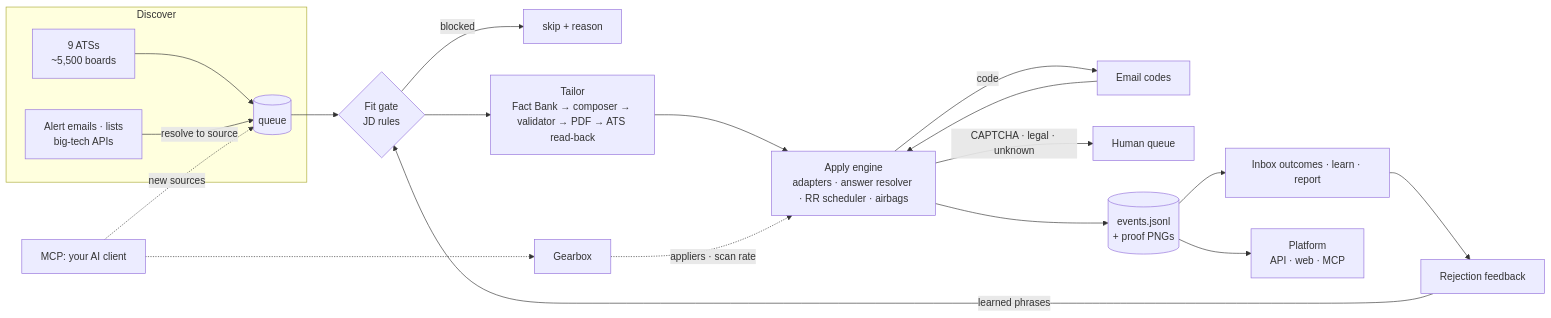
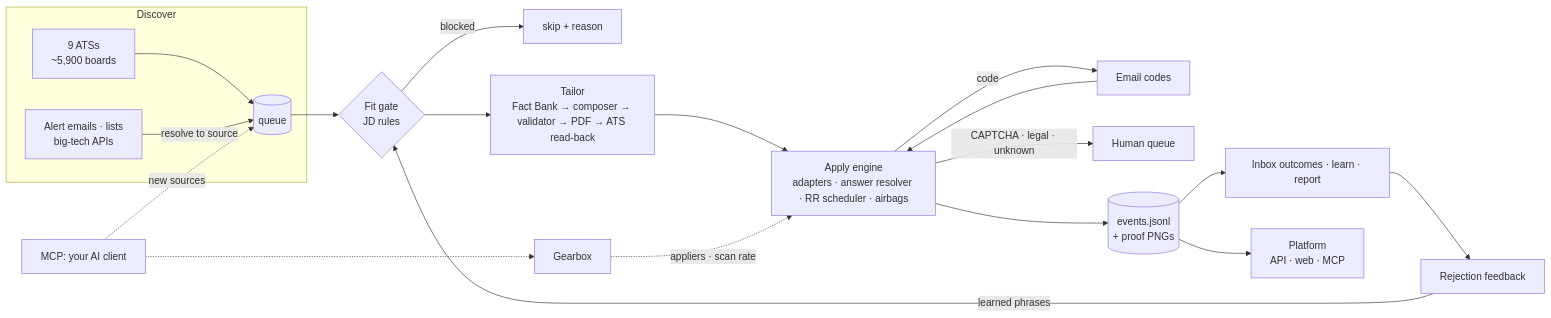
One commit to sameernagar-hub/regen-engine changed the diagram in docs/wiki/Home.md. Above: the diagram before and after it, drawn with Mermaid. The commit also changed other lines of this file and 6 other files, not shown here.

````diff
--- a/docs/wiki/Home.md
+++ b/docs/wiki/Home.md
@@ -25,22 +25,22 @@
 ```mermaid
 flowchart LR
     subgraph Discover
-      ATS[9 ATSs<br/>~5,500 boards] --> Q
+      ATS[9 ATSs<br/>~5,900 boards] --> Q
       AL[Alert emails · lists<br/>big-tech APIs] -->|resolve to source| Q[(queue)]
     end
     Q --> FG{Fit gate<br/>JD rules}
     FG -->|blocked| SK[skip + reason]
     FG --> TL[Tailor<br/>Fact Bank → composer → validator → PDF → ATS read-back]
     TL --> AP[Apply engine<br/>adapters · answer resolver · RR scheduler · airbags]
     AP -->|code| EC[Email codes]
     EC --> AP
     AP -->|CAPTCHA · legal · unknown| HQ[Human queue]
     AP --> EV[(events.jsonl<br/>+ proof PNGs)]
     EV --> OUT[Inbox outcomes · learn · report]
     OUT --> FB[Rejection feedback]
     FB -->|learned phrases| FG
     EV --> PL[Platform<br/>API · web · MCP]
     GB[Gearbox] -.->|appliers · scan rate| AP
     MCP[MCP: your AI client] -.->|new sources| Q
     MCP -.-> GB
 ```
````
